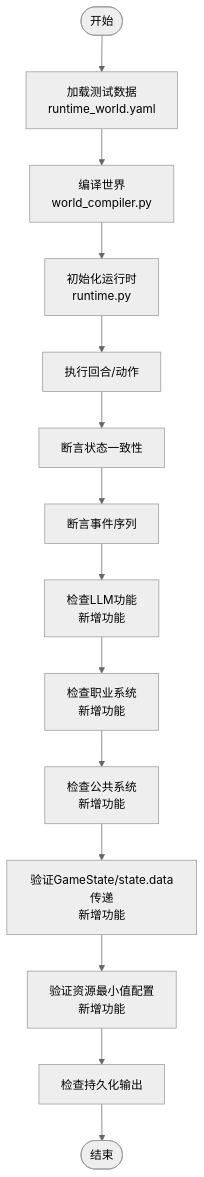
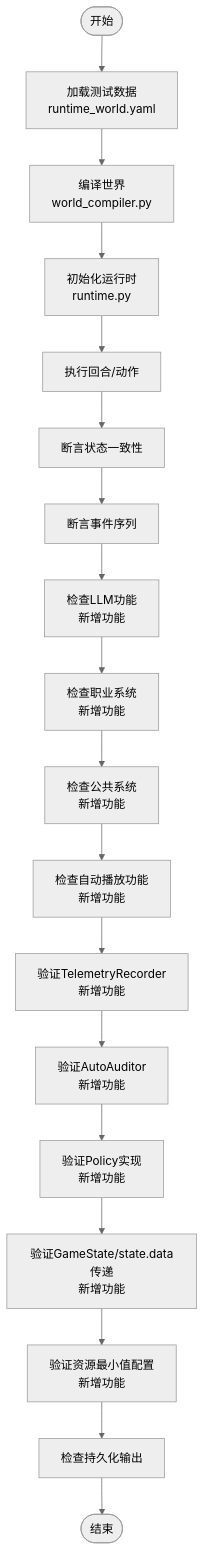
The third of 4 diagrams in .qoder/repowiki/zh/content/测试指南.md (Ivandanslespace/thegreatnovel), drawn with Mermaid (neutral theme) before and after one commit. The commit also changed other lines of this file and 72 other files, not shown here.

````diff
--- a/.qoder/repowiki/zh/content/测试指南.md
+++ b/.qoder/repowiki/zh/content/测试指南.md
@@ -279,16 +332,20 @@
 ```mermaid
 flowchart TD
 Start(["开始"]) --> LoadFixture["加载测试数据<br/>runtime_world.yaml"]
 LoadFixture --> CompileWorld["编译世界<br/>world_compiler.py"]
 CompileWorld --> InitRuntime["初始化运行时<br/>runtime.py"]
 InitRuntime --> ExecuteTurns["执行回合/动作"]
 ExecuteTurns --> CheckState["断言状态一致性"]
 CheckState --> CheckEvents["断言事件序列"]
 CheckEvents --> CheckLLM["检查LLM功能<br/>新增功能"]
 CheckLLM --> CheckProfessions["检查职业系统<br/>新增功能"]
 CheckProfessions --> CheckPublicSystem["检查公共系统<br/>新增功能"]
-CheckPublicSystem --> CheckGameState["验证GameState/state.data传递<br/>新增功能"]
+CheckPublicSystem --> CheckAutoPlay["检查自动播放功能<br/>新增功能"]
+CheckAutoPlay --> CheckTelemetry["验证TelemetryRecorder<br/>新增功能"]
+CheckTelemetry --> CheckAuditor["验证AutoAuditor<br/>新增功能"]
+CheckAuditor --> CheckPolicy["验证Policy实现<br/>新增功能"]
+CheckPolicy --> CheckGameState["验证GameState/state.data传递<br/>新增功能"]
 CheckGameState --> CheckResourceMin["验证资源最小值配置<br/>新增功能"]
 CheckResourceMin --> PersistCheck["检查持久化输出"]
 PersistCheck --> End(["结束"])
 ```
````
